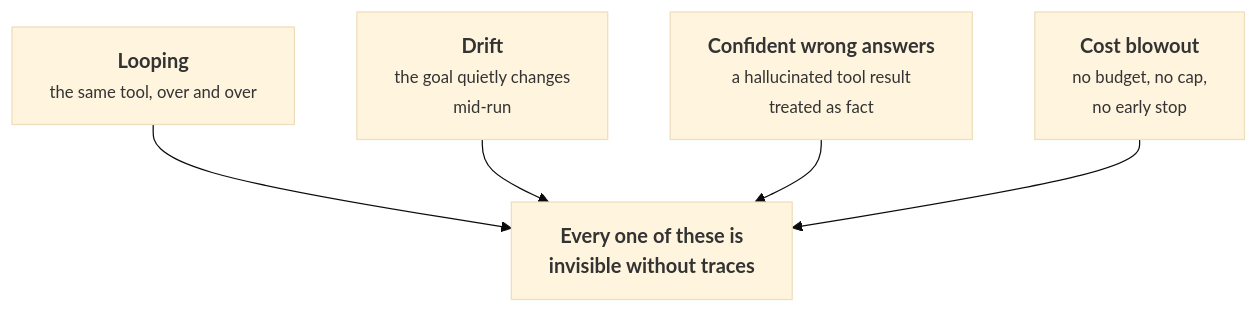
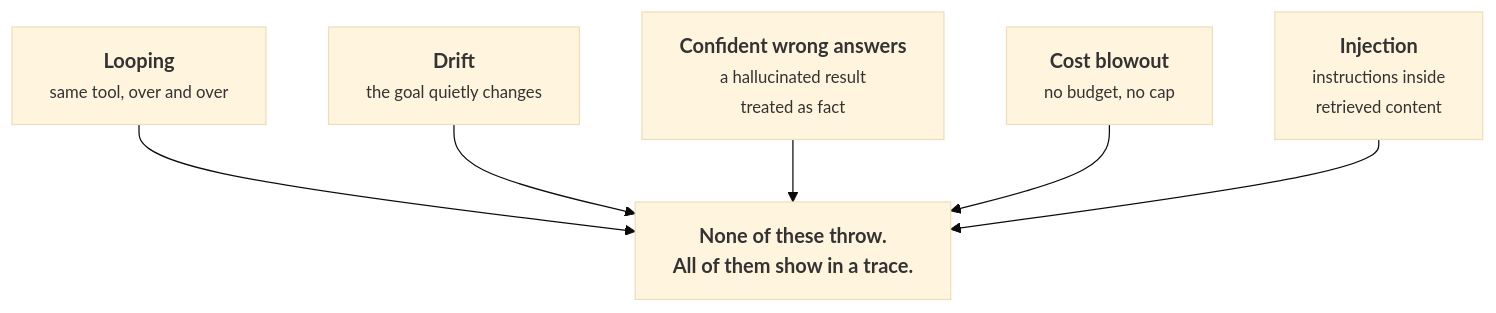
The diagram in figs/hendri-failure.mmd (situkangsayur/dnd-ai-products-services-pro-course-slides), drawn with Mermaid (base theme) before and after one commit. The commit also changed 95 other files, not shown here.

```diff
--- a/figs/hendri-failure.mmd
+++ b/figs/hendri-failure.mmd
@@ -1,11 +1,13 @@
 
 flowchart TB
-  L["<b>Looping</b><br/><small>the same tool, over and over</small>"]
-  D["<b>Drift</b><br/><small>the goal quietly changes<br/>mid-run</small>"]
-  H["<b>Confident wrong answers</b><br/><small>a hallucinated tool result<br/>treated as fact</small>"]
-  C["<b>Cost blowout</b><br/><small>no budget, no cap,<br/>no early stop</small>"]
-  F["<b>Every one of these is<br/>invisible without traces</b>"]
+  L["<b>Looping</b><br/><small>same tool, over and over</small>"]
+  D["<b>Drift</b><br/><small>the goal quietly changes</small>"]
+  H["<b>Confident wrong answers</b><br/><small>a hallucinated result<br/>treated as fact</small>"]
+  C["<b>Cost blowout</b><br/><small>no budget, no cap</small>"]
+  I["<b>Injection</b><br/><small>instructions inside<br/>retrieved content</small>"]
+  F["<b>None of these throw.<br/>All of them show in a trace.</b>"]
   L --> F
   D --> F
   H --> F
   C --> F
+  I --> F
```
